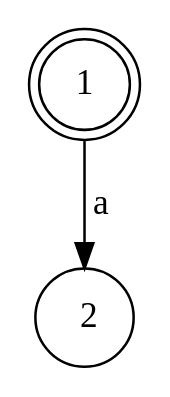
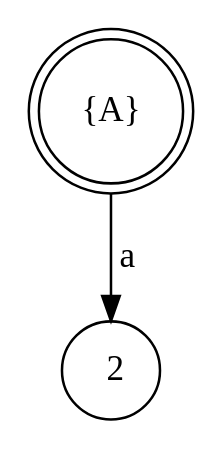
The diagram in test.dot (acorrenson/mcmu), drawn with Graphviz before and after one commit. The commit also changed other lines of this file and 3 other files, not shown here.

```diff
--- a/test.dot
+++ b/test.dot
@@ -1,5 +1,5 @@
 digraph {
   node [shape=circle]
-  1 [shape=doublecircle]
+  1 [shape=doublecircle, label="{A}"]
   1 -> 2 [label=" a"];
 }
```
